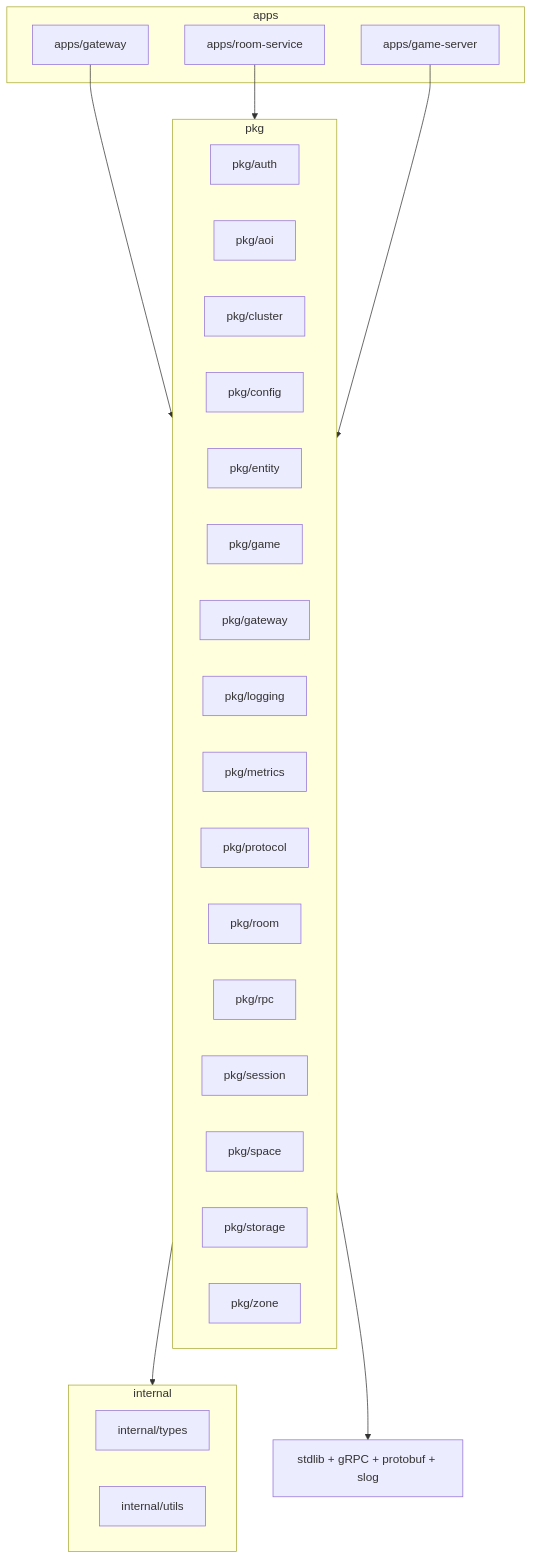
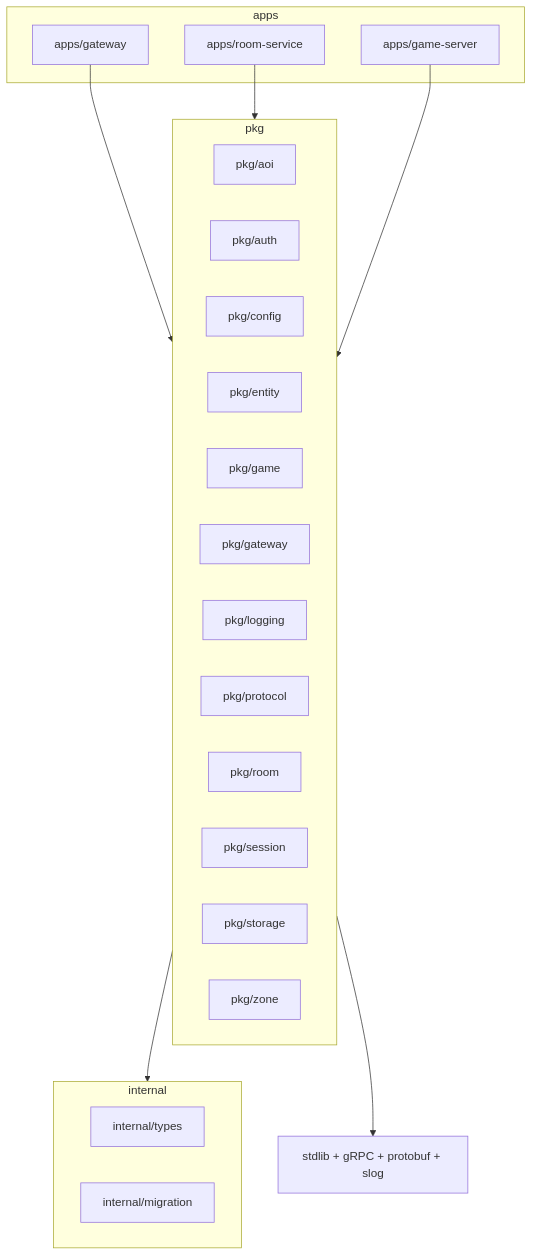
The diagram in docs/architecture/repository-structure.md (thaolaptrinh/spatial-server), drawn with Mermaid before and after one commit. The commit also changed other lines of this file and 46 other files, not shown here.

First line of the commit message:
docs: comprehensive audit fix — ports, config, JWT, ADR contradictions, repo structure, security, roadmap, CI

````diff
--- a/docs/architecture/repository-structure.md
+++ b/docs/architecture/repository-structure.md
@@ -163,38 +149,34 @@
 ```mermaid
-graph TD
+graph TB
     subgraph apps
         GATEWAY[apps/gateway]
         ROOM[apps/room-service]
         GAME[apps/game-server]
     end
 
     subgraph pkg
+        AOI[pkg/aoi]
         AUTH[pkg/auth]
-        AOI[pkg/aoi]
-        CLUSTER[pkg/cluster]
         CONFIG[pkg/config]
         ENTITY[pkg/entity]
         GAME_PKG[pkg/game]
         GATEWAY_PKG[pkg/gateway]
         LOGGING[pkg/logging]
-        METRICS[pkg/metrics]
         PROTOCOL[pkg/protocol]
         ROOM_PKG[pkg/room]
-        RPC[pkg/rpc]
         SESSION[pkg/session]
-        SPACE[pkg/space]
         STORAGE[pkg/storage]
         ZONE[pkg/zone]
     end
 
     subgraph internal
         TYPES[internal/types]
-        UTILS[internal/utils]
+        MIGRATION[internal/migration]
     end
 
     GATEWAY --> pkg
     ROOM --> pkg
     GAME --> pkg
     pkg --> internal
     pkg --> STDLIB[stdlib + gRPC + protobuf + slog]
 ```
````
